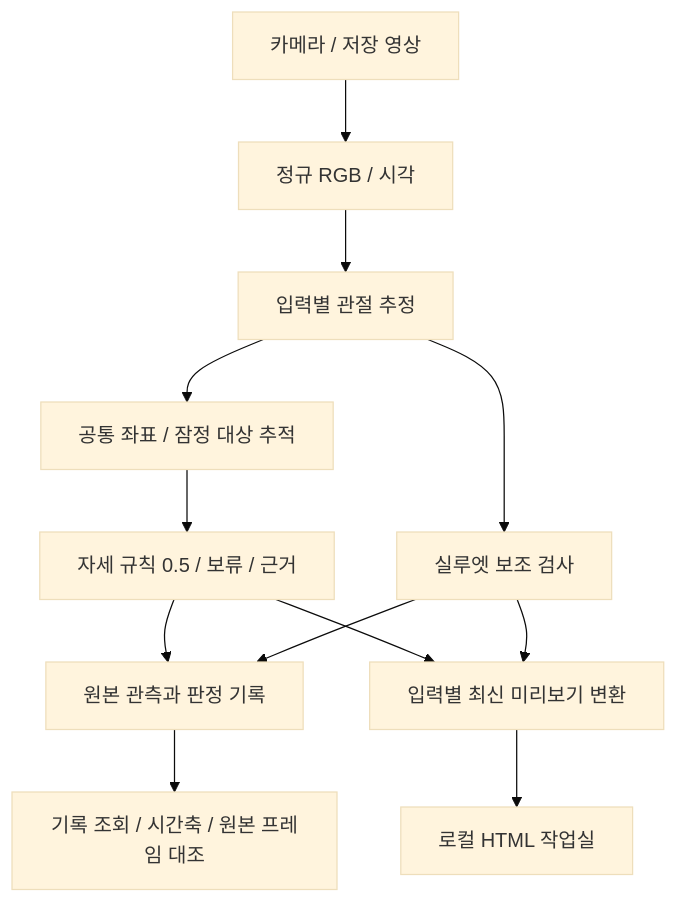
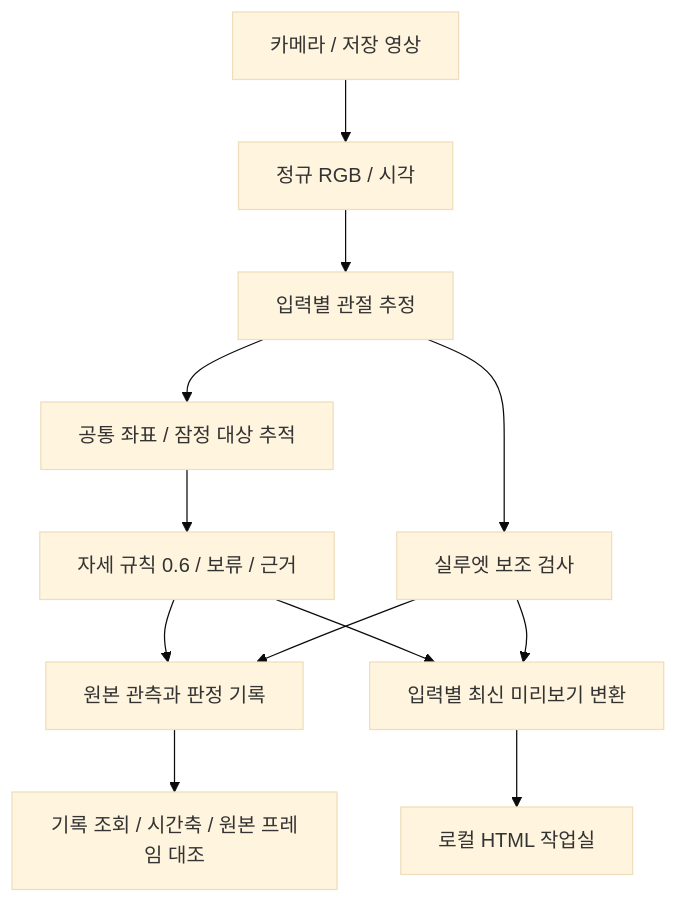
One commit to zntks1234/bed-pose-skeleton-ai changed the diagram in docs/design/ARCHITECTURE.md. Above: the diagram before and after it, drawn with Mermaid (base theme). The commit also changed other lines of this file and 17 other files, not shown here.

````diff
--- a/docs/design/ARCHITECTURE.md
+++ b/docs/design/ARCHITECTURE.md
@@ -12,14 +12,14 @@
 ```mermaid
 flowchart TD
     A[카메라 / 저장 영상] --> B[정규 RGB / 시각]
     B --> C[입력별 관절 추정]
     C --> D[공통 좌표 / 잠정 대상 추적]
-    D --> E[자세 규칙 0.5 / 보류 / 근거]
+    D --> E[자세 규칙 0.6 / 보류 / 근거]
     C --> F[실루엣 보조 검사]
     E --> G[원본 관측과 판정 기록]
     F --> G
     G --> H[기록 조회 / 시간축 / 원본 프레임 대조]
     E --> I[입력별 최신 미리보기 변환]
     F --> I
     I --> J[로컬 HTML 작업실]
 ```
````
